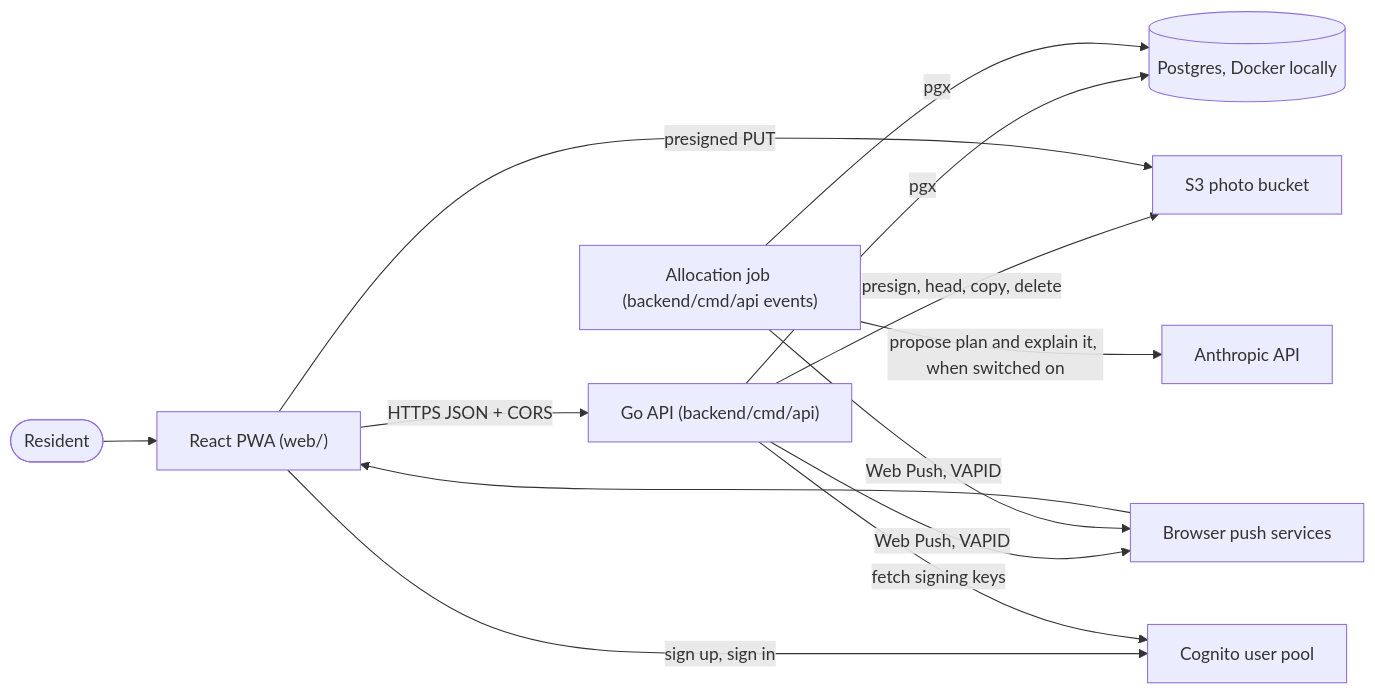
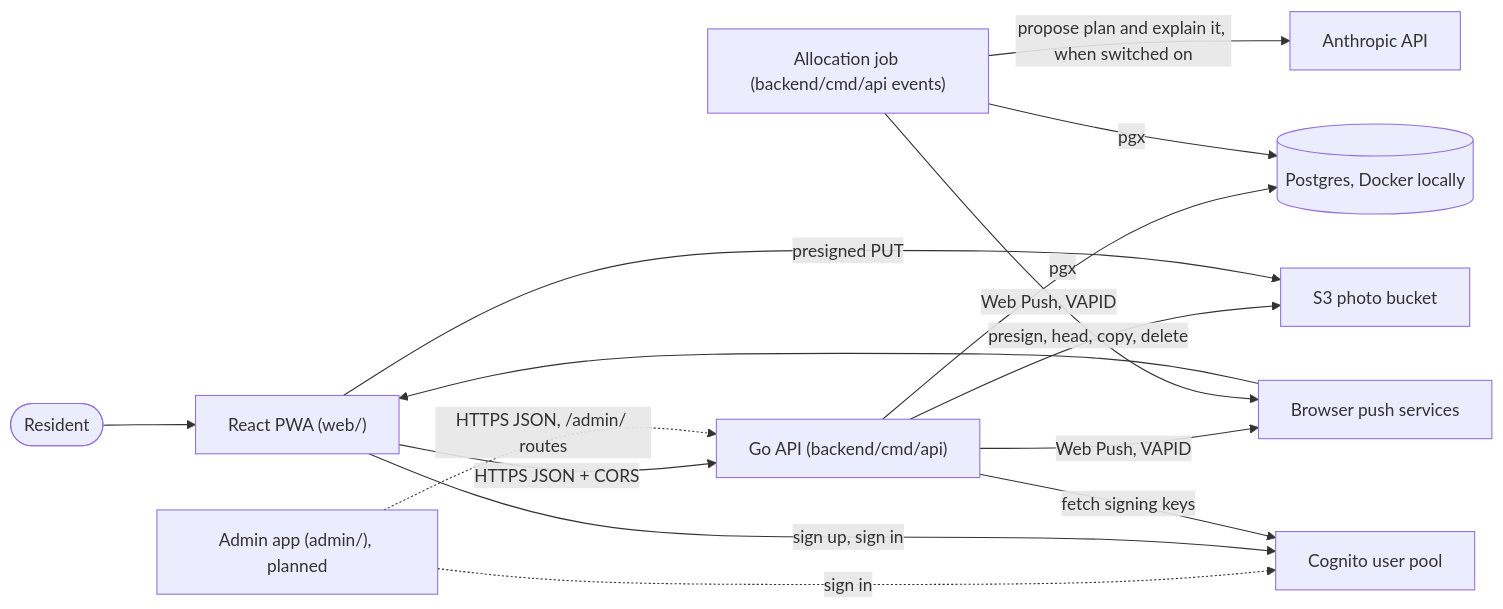
Before and after one commit to AbnerWillclefy/Homeowner: the second of 2 diagrams in docs/architecture/system-context.md, drawn with Mermaid. The commit also changed other lines of this file and 2 other files, not shown here.

Commit message:
docs(admin): document the admin app, its configuration and the planned container

````diff
--- a/docs/architecture/system-context.md
+++ b/docs/architecture/system-context.md
@@ -32,25 +32,28 @@
 ```mermaid
 flowchart LR
     R([Resident])
     PWA["React PWA (web/)"]
     API["Go API (backend/cmd/api)"]
     DB[("Postgres, Docker locally")]
     ALLOC["Allocation job (backend/cmd/api events)"]
     COG["Cognito user pool"]
     LLM["Anthropic API"]
     PUSH["Browser push services"]
     S3["S3 photo bucket"]
 
     R --> PWA
     PWA -->|HTTPS JSON + CORS| API
     API -->|pgx| DB
     API -->|Web Push, VAPID| PUSH
     API -->|presign, head, copy, delete| S3
     PWA -->|presigned PUT| S3
+    ADMIN["Admin app (admin/), planned"]
+    ADMIN -.->|"HTTPS JSON, /admin/ routes"| API
+    ADMIN -.->|sign in| COG
     PUSH --> PWA
     PWA -->|sign up, sign in| COG
     API -->|fetch signing keys| COG
     ALLOC -->|pgx| DB
     ALLOC -->|propose plan and explain it, when switched on| LLM
     ALLOC -->|Web Push, VAPID| PUSH
 ```
````
